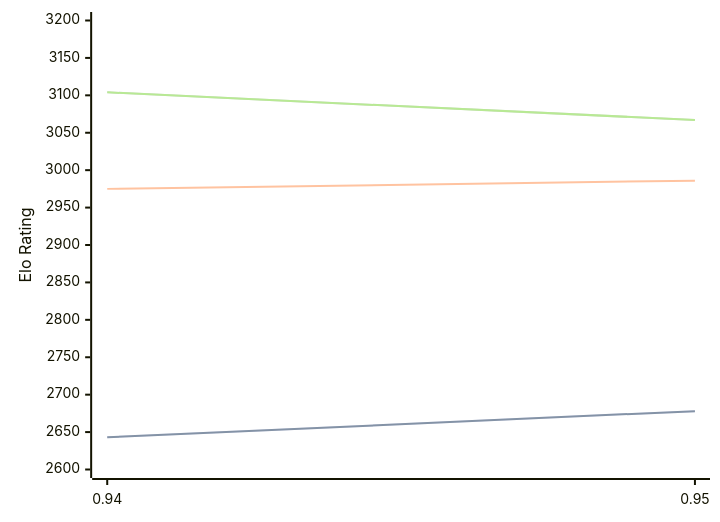
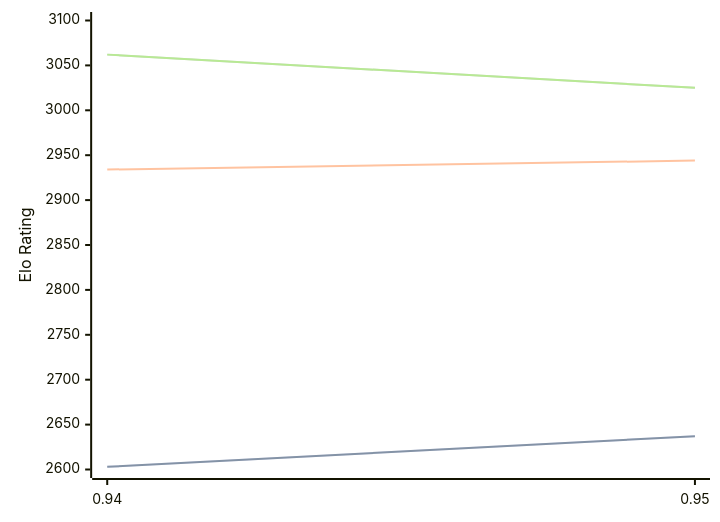
One commit to computer-chess-index/cci changed the diagram in engines/Myrddin.md. Above: the diagram before and after it, drawn with Mermaid. The commit also changed other lines of this file, not shown here.

Commit message:
Update CCI Ratings (ELO VLTC) - 2026-05-19

````diff
--- a/engines/Myrddin.md
+++ b/engines/Myrddin.md
@@ -37,11 +37,11 @@
 ```mermaid
 %%{init: {"theme":"base","themeVariables":{"seriesColors:['#a3a3a3','#222221','#faa371']}}}%%
 xychart-beta
   x-axis ["0.94", "0.95"]
-  y-axis "Elo Rating" 2600 --> 3200
-  line "STC (8.0+0.08s)" [2643, 2678]
-  line "STC (8.0+0.08s)" [2643, 2678]
-  line "LTC (60.0+0.60s)" [2975, 2986]
-  line "VLTC (2m24s+1.12s)" [3104, 3067]
-  line "VLTC (2m24s+1.12s)" [3104, 3067]
+  y-axis "Elo Rating" 2600 --> 3100
+  line "STC (8.0+0.08s)" [2603, 2637]
+  line "STC (8.0+0.08s)" [2603, 2637]
+  line "LTC (60.0+0.60s)" [2934, 2944]
+  line "VLTC (2m24s+1.12s)" [3062, 3025]
+  line "VLTC (2m24s+1.12s)" [3062, 3025]
 ```
````
